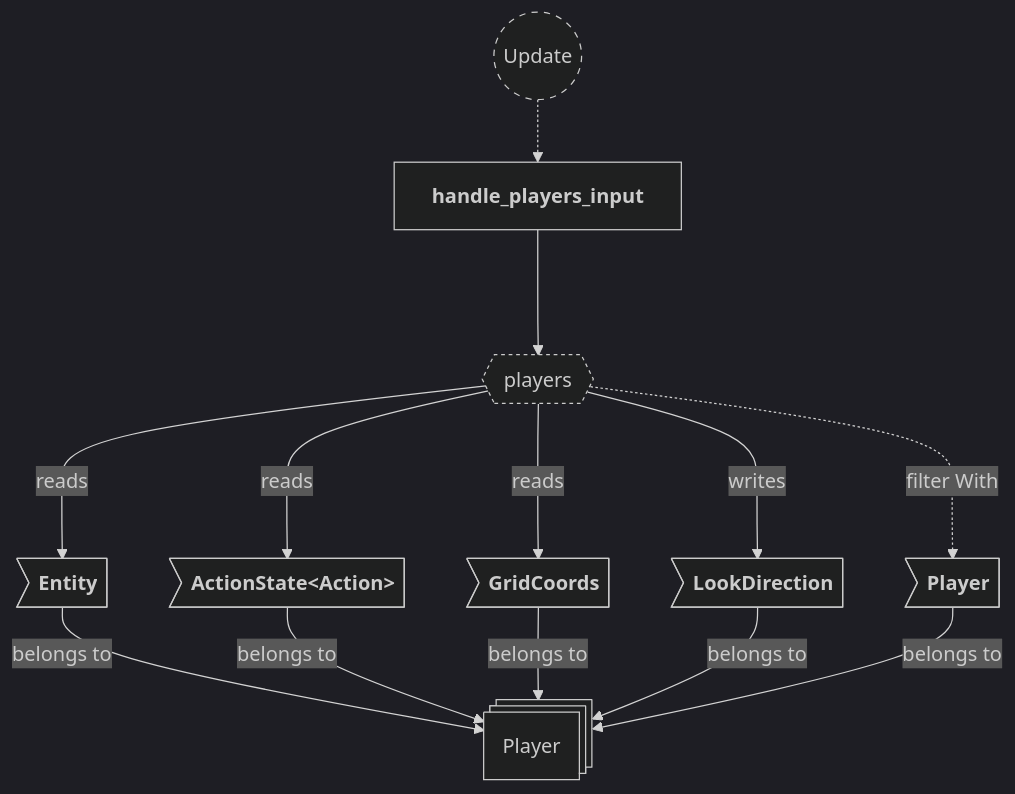
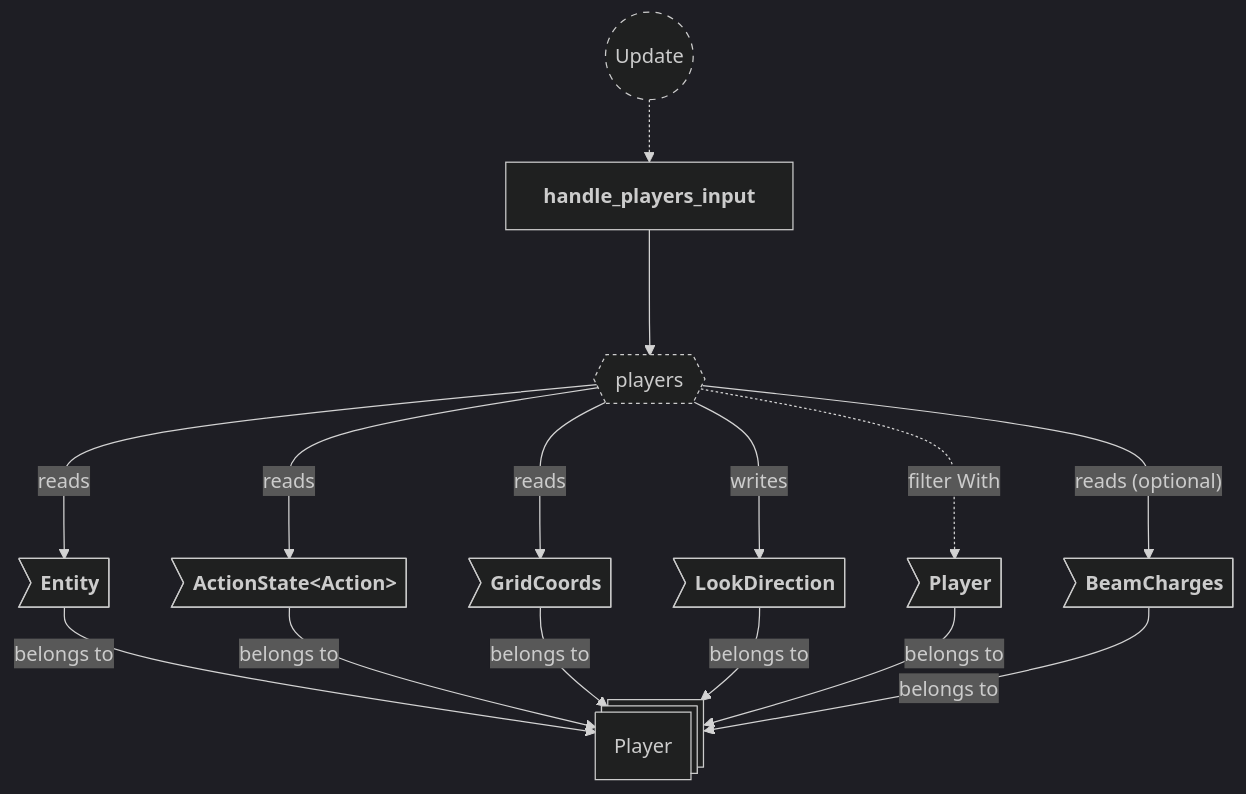
The fourth of 6 diagrams in backlog/docs/doc-2 - 002-Input-plugin.md (neurosoup/tyled), drawn with Mermaid before and after one commit. The commit also changed other lines of this file and 6 other files, not shown here.

````diff
--- a/backlog/docs/doc-2 - 002-Input-plugin.md
+++ b/backlog/docs/doc-2 - 002-Input-plugin.md
@@ -139,32 +139,34 @@
 ```mermaid
 ---
 config:
   theme: dark
 ---
 
 flowchart TD
 classDef system-group stroke-dasharray: 5 5
 classDef query stroke-dasharray: 3 3
 
 update(("`Update`")):::system-group
 handle_players_input["`**handle_players_input**`"]
 
 update -.-> handle_players_input
 
 players_query{{"`players`"}}:::query
 handle_players_input ---> players_query
 
 player_entity@{ shape: st-rect, label: "Player" }
 
 pe_entity>"`**Entity**`"] --> |belongs to| player_entity
 pe_action_state>"`**ActionState#60;Action#62;**`"] --> |belongs to| player_entity
 pe_grid_coords>"`**GridCoords**`"] --> |belongs to| player_entity
 pe_look_direction>"`**LookDirection**`"] --> |belongs to| player_entity
 pe_player>"`**Player**`"] --> |belongs to| player_entity
+pe_beam_charges>"`**BeamCharges**`"] --> |belongs to| player_entity
 
 players_query ---> |reads| pe_entity
 players_query ---> |reads| pe_action_state
 players_query ---> |reads| pe_grid_coords
 players_query ---> |writes| pe_look_direction
+players_query ---> |"reads (optional)"| pe_beam_charges
 players_query -..-> |filter With| pe_player
 ```
````
